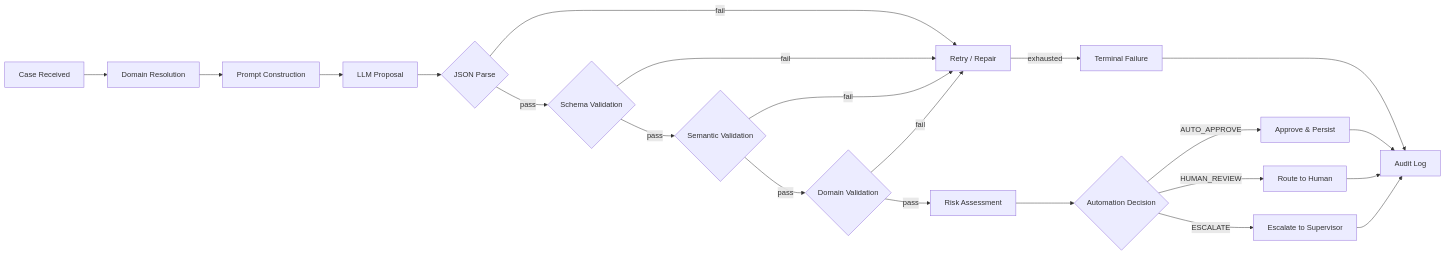
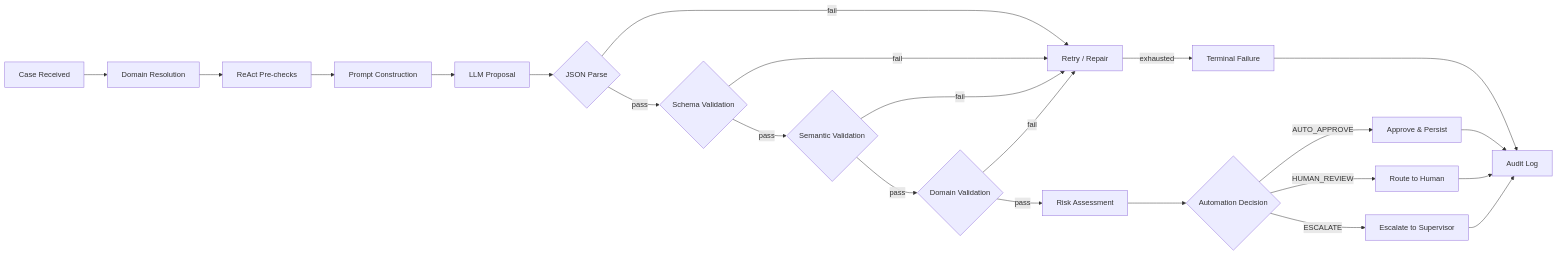
One commit to juandelaf1/CASE changed the fourth of 4 diagrams in README.md. Above: the diagram before and after it, drawn with Mermaid. The commit also changed other lines of this file, not shown here.

First line of the commit message:
docs: fix Mermaid diagrams, update architecture to match code

````diff
--- a/README.md
+++ b/README.md
@@ -151,24 +218,25 @@
 ```mermaid
 flowchart LR
     A[Case Received] --> B[Domain Resolution]
-    B --> C[Prompt Construction]
-    C --> D[LLM Proposal]
-    D --> E{JSON Parse}
-    E -->|fail| F[Retry / Repair]
-    E -->|pass| G{Schema Validation}
-    G -->|fail| F
-    G -->|pass| H{Semantic Validation}
-    H -->|fail| F
-    H -->|pass| I{Domain Validation}
-    I -->|fail| F
-    I -->|pass| J[Risk Assessment]
-    F -->|exhausted| K[Terminal Failure]
-    J --> L{Automation Decision}
-    L -->|AUTO_APPROVE| M[Approve & Persist]
-    L -->|HUMAN_REVIEW| N[Route to Human]
-    L -->|ESCALATE| O[Escalate to Supervisor]
-    M --> P[Audit Log]
-    N --> P
-    O --> P
-    K --> P
+    B --> C[ReAct Pre-checks]
+    C --> D[Prompt Construction]
+    D --> E[LLM Proposal]
+    E --> F{JSON Parse}
+    F -->|fail| G[Retry / Repair]
+    F -->|pass| H{Schema Validation}
+    H -->|fail| G
+    H -->|pass| I{Semantic Validation}
+    I -->|fail| G
+    I -->|pass| J{Domain Validation}
+    J -->|fail| G
+    J -->|pass| K[Risk Assessment]
+    G -->|exhausted| L[Terminal Failure]
+    K --> M{Automation Decision}
+    M -->|AUTO_APPROVE| N[Approve & Persist]
+    M -->|HUMAN_REVIEW| O[Route to Human]
+    M -->|ESCALATE| P[Escalate to Supervisor]
+    N --> Q[Audit Log]
+    O --> Q
+    P --> Q
+    L --> Q
 ```
````
